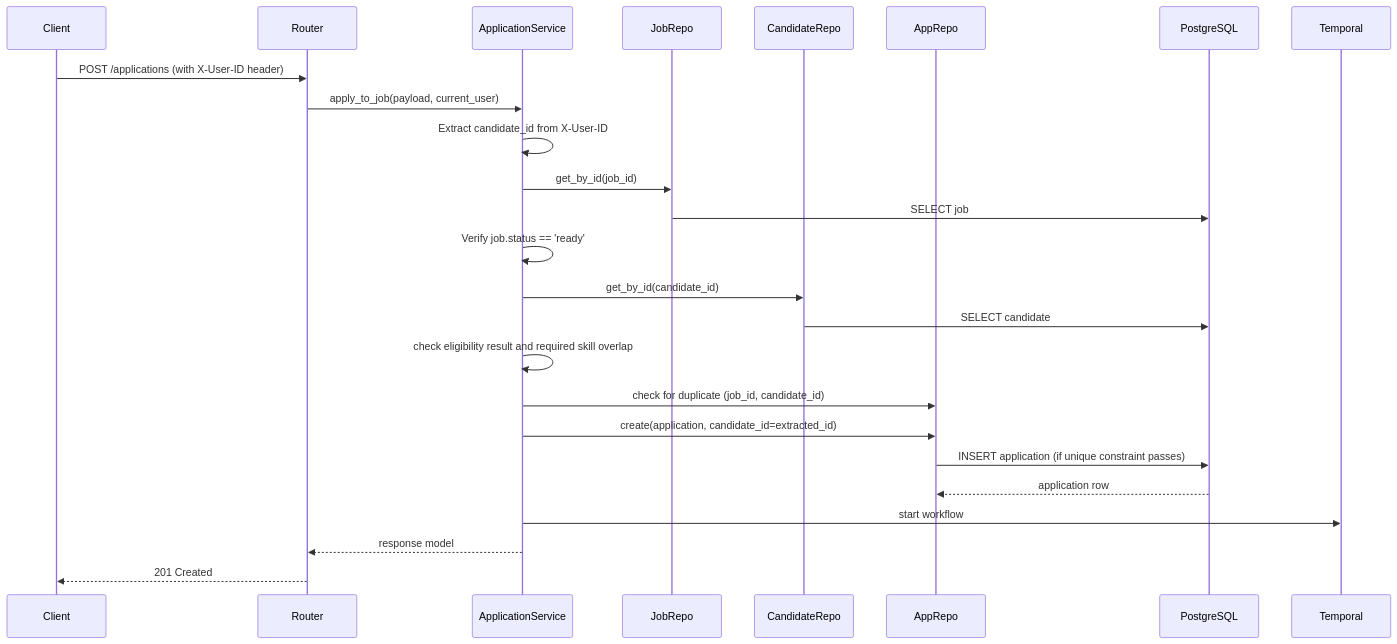
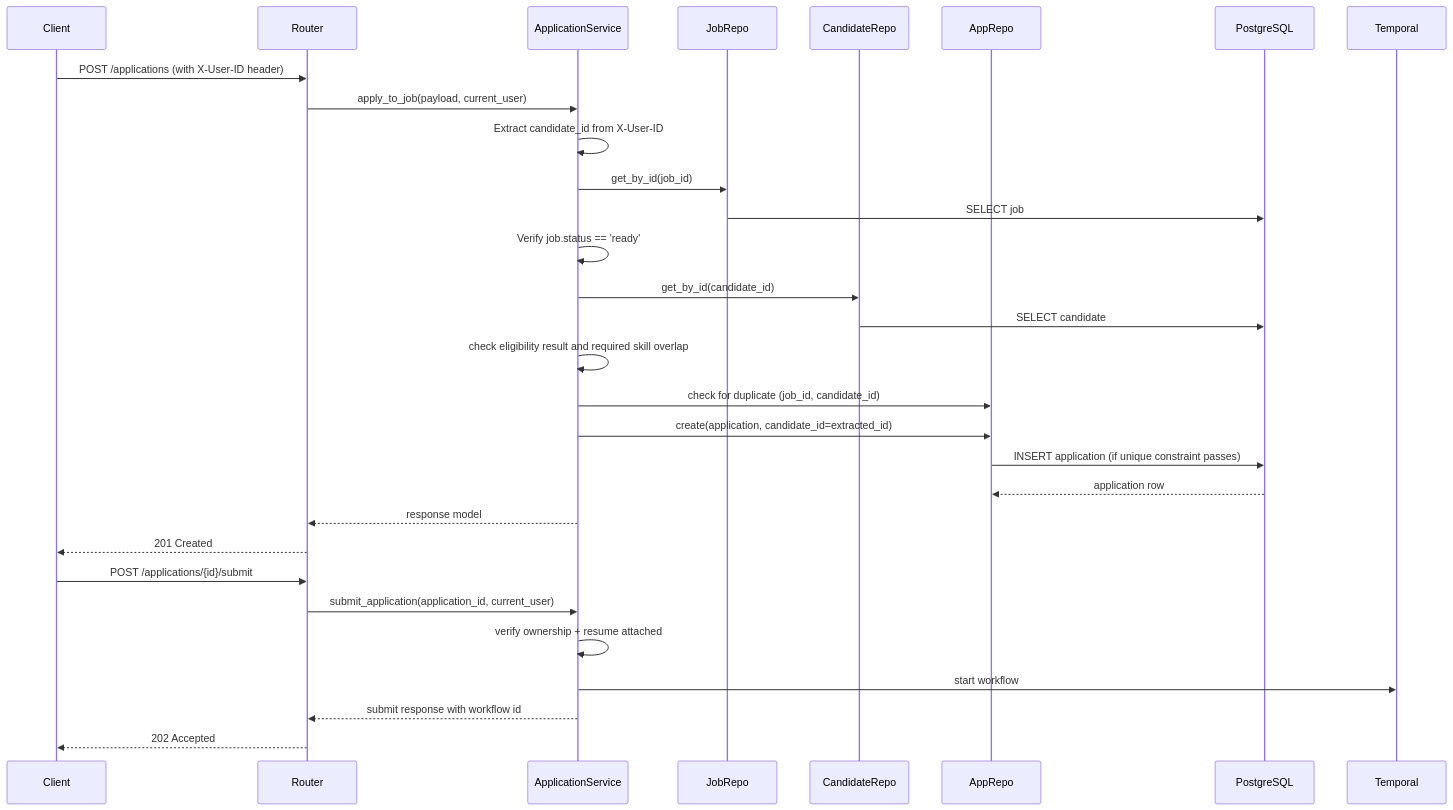
One commit to afnan-emumba/smart-hire changed the sixth of 8 diagrams in docs/SERVICES.md. Above: the diagram before and after it, drawn with Mermaid. The commit also changed other lines of this file and 9 other files, not shown here.

Commit message:
feat: implement application submission workflow and update related documentation

````diff
--- a/docs/SERVICES.md
+++ b/docs/SERVICES.md
@@ -169,28 +171,34 @@
 ```mermaid
 sequenceDiagram
     participant Client
     participant Router
     participant Service as ApplicationService
     participant JobRepo
     participant CandidateRepo
     participant AppRepo
     participant DB as PostgreSQL
     participant Temporal
 
     Client->>Router: POST /applications (with X-User-ID header)
     Router->>Service: apply_to_job(payload, current_user)
     Service->>Service: Extract candidate_id from X-User-ID
     Service->>JobRepo: get_by_id(job_id)
     JobRepo->>DB: SELECT job
     Service->>Service: Verify job.status == 'ready'
     Service->>CandidateRepo: get_by_id(candidate_id)
     CandidateRepo->>DB: SELECT candidate
     Service->>Service: check eligibility result and required skill overlap
     Service->>AppRepo: check for duplicate (job_id, candidate_id)
     Service->>AppRepo: create(application, candidate_id=extracted_id)
     AppRepo->>DB: INSERT application (if unique constraint passes)
     DB-->>AppRepo: application row
-    Service->>Temporal: start workflow
     Service-->>Router: response model
     Router-->>Client: 201 Created
+
+    Client->>Router: POST /applications/{id}/submit
+    Router->>Service: submit_application(application_id, current_user)
+    Service->>Service: verify ownership + resume attached
+    Service->>Temporal: start workflow
+    Service-->>Router: submit response with workflow id
+    Router-->>Client: 202 Accepted
 ```
````
